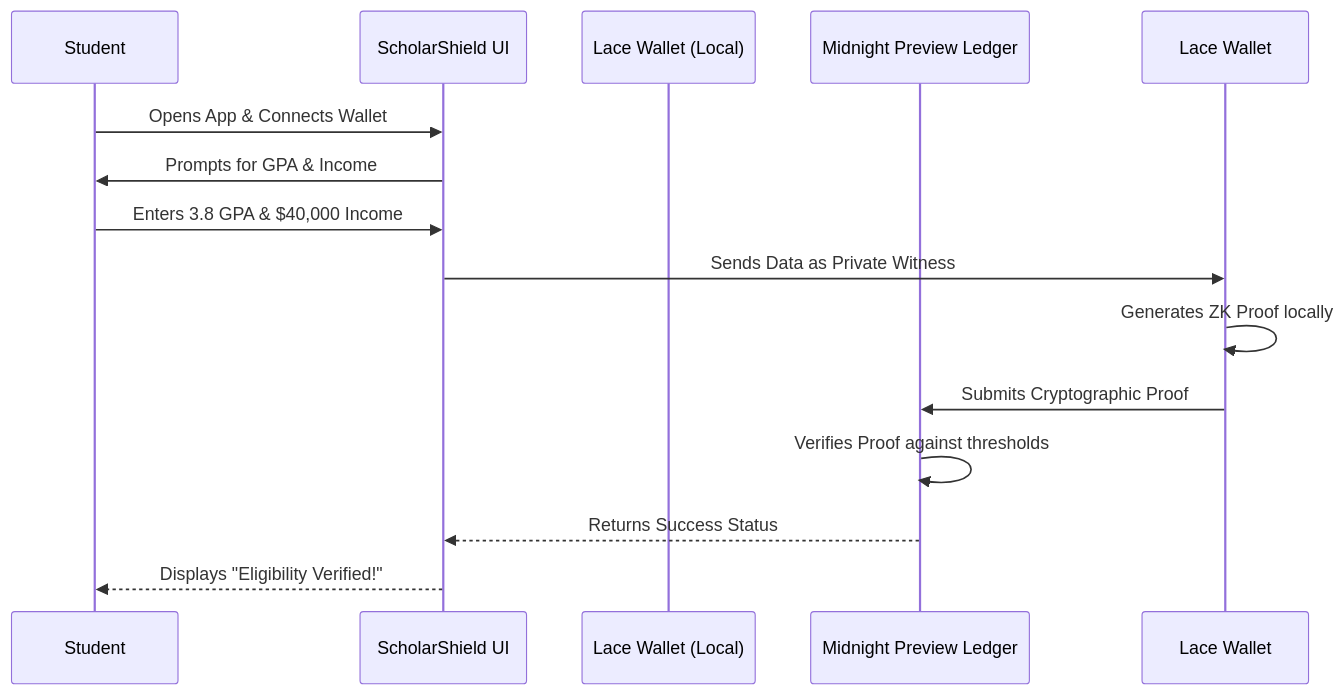
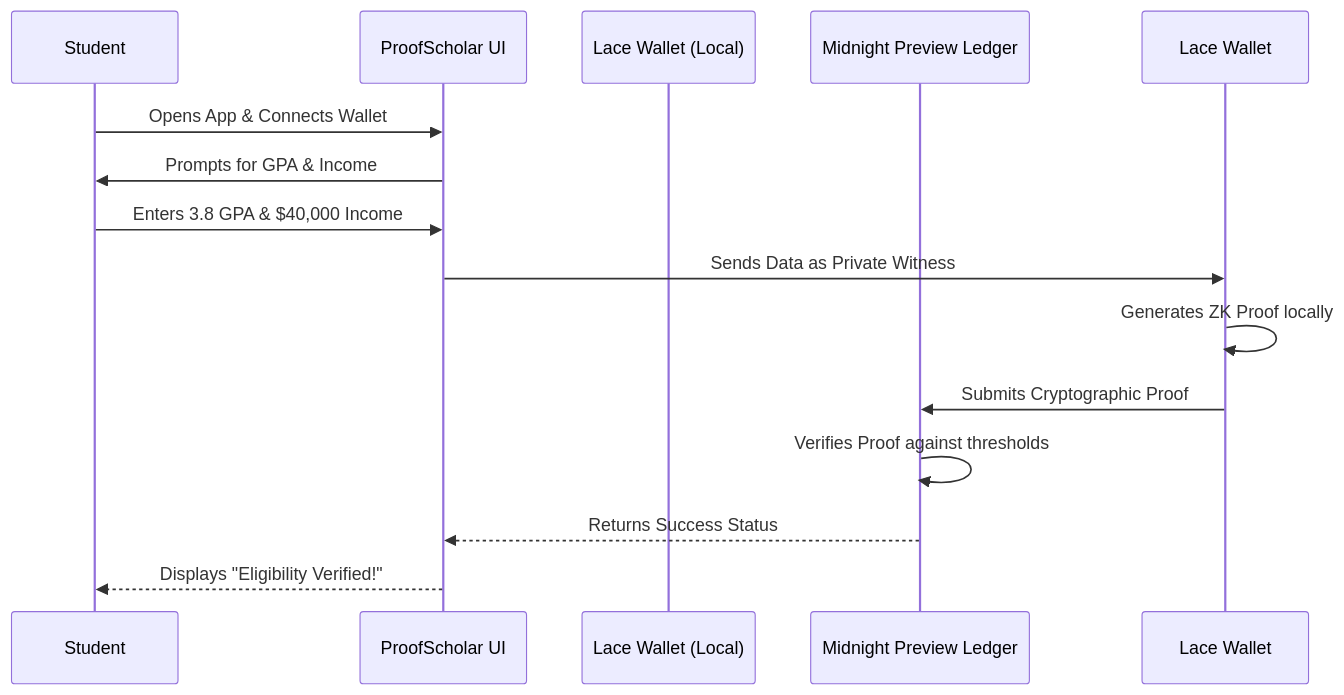
The second of 2 diagrams in README.md (aditya-jha033/ProofScholar), drawn with Mermaid before and after one commit. The commit also changed other lines of this file, not shown here.

````diff
--- a/README.md
+++ b/README.md
@@ -94,17 +94,17 @@
 ```mermaid
 sequenceDiagram
     participant Student
-    participant ScholarShield UI
+    participant ProofScholar UI
     participant Lace Wallet (Local)
     participant Midnight Preview Ledger
 
-    Student->>ScholarShield UI: Opens App & Connects Wallet
-    ScholarShield UI->>Student: Prompts for GPA & Income
-    Student->>ScholarShield UI: Enters 3.8 GPA & $40,000 Income
-    ScholarShield UI->>Lace Wallet: Sends Data as Private Witness
+    Student->>ProofScholar UI: Opens App & Connects Wallet
+    ProofScholar UI->>Student: Prompts for GPA & Income
+    Student->>ProofScholar UI: Enters 3.8 GPA & $40,000 Income
+    ProofScholar UI->>Lace Wallet: Sends Data as Private Witness
     Lace Wallet->>Lace Wallet: Generates ZK Proof locally
     Lace Wallet->>Midnight Preview Ledger: Submits Cryptographic Proof
     Midnight Preview Ledger->>Midnight Preview Ledger: Verifies Proof against thresholds
-    Midnight Preview Ledger-->>ScholarShield UI: Returns Success Status
-    ScholarShield UI-->>Student: Displays "Eligibility Verified!"
+    Midnight Preview Ledger-->>ProofScholar UI: Returns Success Status
+    ProofScholar UI-->>Student: Displays "Eligibility Verified!"
 ```
````
